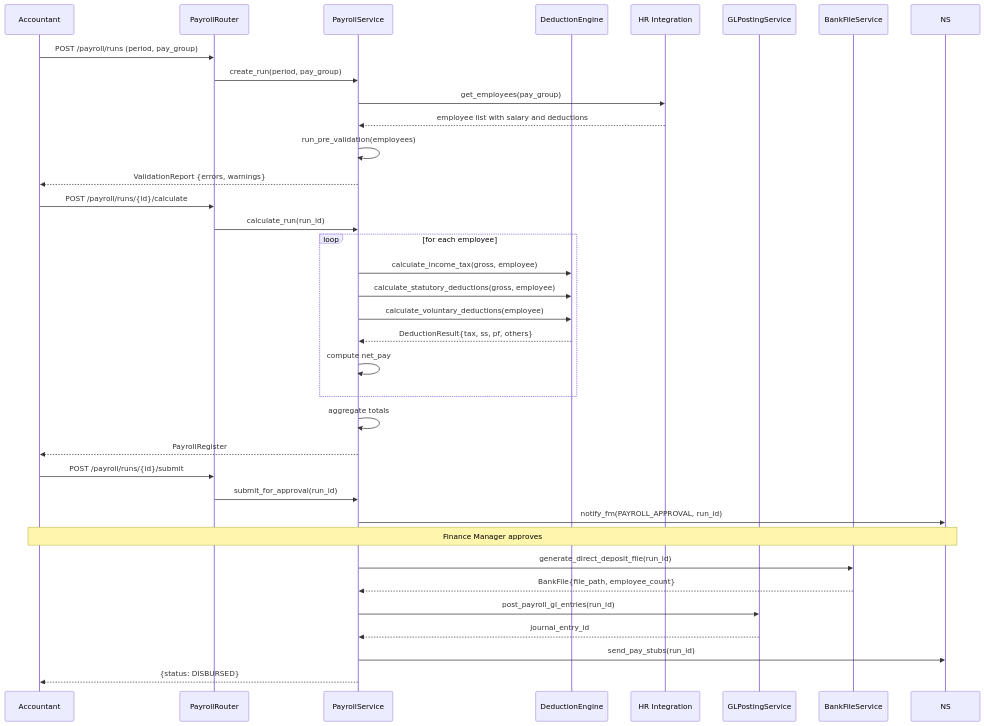
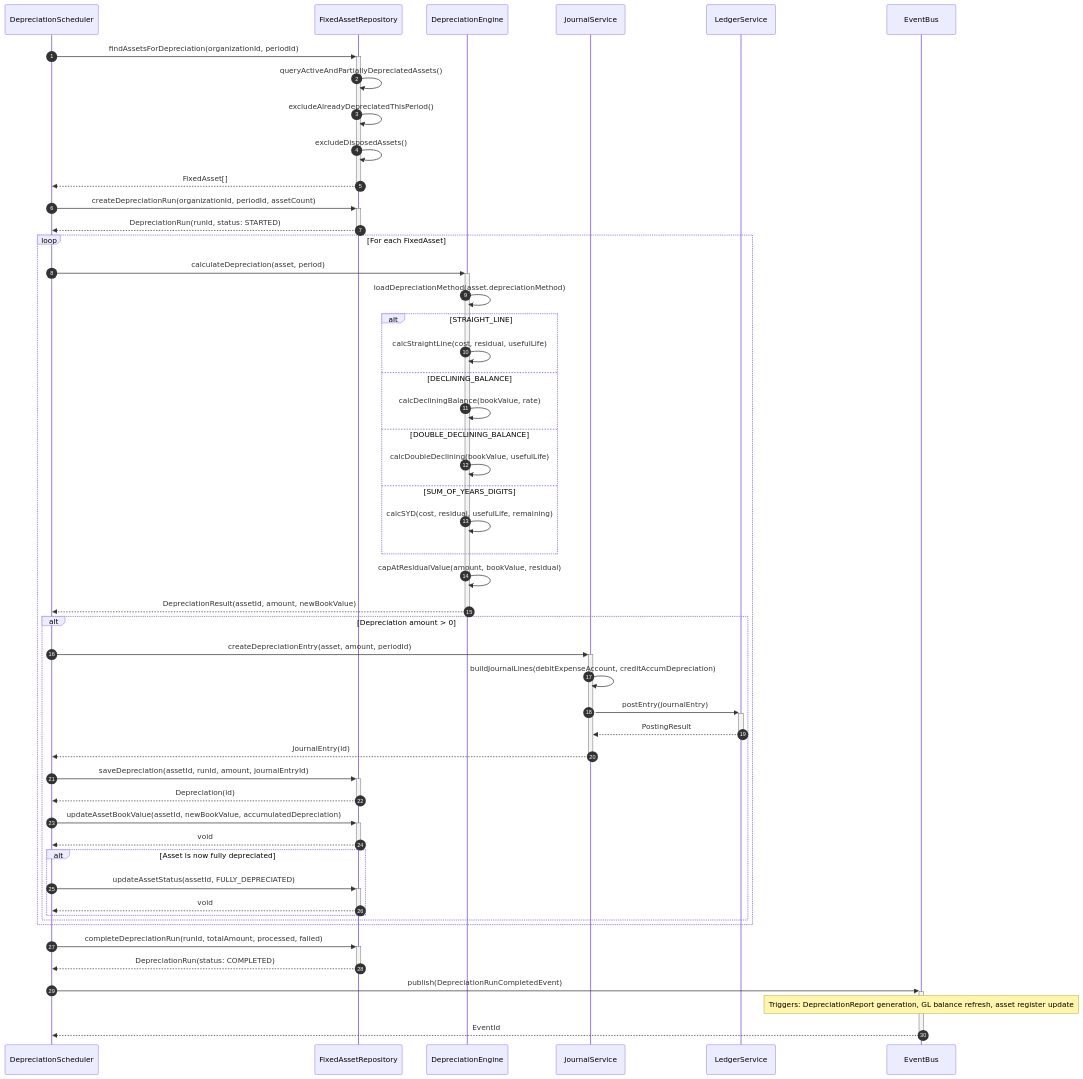
Before and after one commit to 0Ankit0/Project-Ideas: the fifth of 5 diagrams in Finance-Management/detailed-design/sequence-diagrams.md, drawn with Mermaid. The commit also changed other lines of this file and 17 other files, not shown here.

````diff
--- a/Finance-Management/detailed-design/sequence-diagrams.md
+++ b/Finance-Management/detailed-design/sequence-diagrams.md
@@ -124,47 +324,63 @@
 ```mermaid
 sequenceDiagram
-    participant ACC as Accountant
-    participant PR as PayrollRouter
-    participant PS as PayrollService
-    participant DE as DeductionEngine
-    participant HR as HR Integration
-    participant GL as GLPostingService
-    participant BANK as BankFileService
+    autonumber
+    participant SCHED as DepreciationScheduler
+    participant REPO as FixedAssetRepository
+    participant ENGINE as DepreciationEngine
+    participant JOURNAL as JournalService
+    participant LEDGER as LedgerService
+    participant EVT as EventBus
 
-    ACC->>PR: POST /payroll/runs (period, pay_group)
-    PR->>PS: create_run(period, pay_group)
-    PS->>HR: get_employees(pay_group)
-    HR-->>PS: employee list with salary and deductions
+    SCHED->>+REPO: findAssetsForDepreciation(organizationId, periodId)
+    REPO->>REPO: queryActiveAndPartiallyDepreciatedAssets()
+    REPO->>REPO: excludeAlreadyDepreciatedThisPeriod()
+    REPO->>REPO: excludeDisposedAssets()
+    REPO-->>-SCHED: FixedAsset[]
 
-    PS->>PS: run_pre_validation(employees)
-    PS-->>ACC: ValidationReport {errors, warnings}
+    SCHED->>+REPO: createDepreciationRun(organizationId, periodId, assetCount)
+    REPO-->>-SCHED: DepreciationRun(runId, status: STARTED)
 
-    ACC->>PR: POST /payroll/runs/{id}/calculate
-    PR->>PS: calculate_run(run_id)
+    loop For each FixedAsset
+        SCHED->>+ENGINE: calculateDepreciation(asset, period)
+        ENGINE->>ENGINE: loadDepreciationMethod(asset.depreciationMethod)
 
-    loop for each employee
-        PS->>DE: calculate_income_tax(gross, employee)
-        PS->>DE: calculate_statutory_deductions(gross, employee)
-        PS->>DE: calculate_voluntary_deductions(employee)
-        DE-->>PS: DeductionResult{tax, ss, pf, others}
-        PS->>PS: compute net_pay
+        alt STRAIGHT_LINE
+            ENGINE->>ENGINE: calcStraightLine(cost, residual, usefulLife)
+        else DECLINING_BALANCE
+            ENGINE->>ENGINE: calcDecliningBalance(bookValue, rate)
+        else DOUBLE_DECLINING_BALANCE
+            ENGINE->>ENGINE: calcDoubleDeclining(bookValue, usefulLife)
+        else SUM_OF_YEARS_DIGITS
+            ENGINE->>ENGINE: calcSYD(cost, residual, usefulLife, remaining)
+        end
+
+        ENGINE->>ENGINE: capAtResidualValue(amount, bookValue, residual)
+        ENGINE-->>-SCHED: DepreciationResult(assetId, amount, newBookValue)
+
+        alt Depreciation amount > 0
+            SCHED->>+JOURNAL: createDepreciationEntry(asset, amount, periodId)
+            JOURNAL->>JOURNAL: buildJournalLines(debitExpenseAccount, creditAccumDepreciation)
+            JOURNAL->>+LEDGER: postEntry(journalEntry)
+            LEDGER-->>-JOURNAL: PostingResult
+            JOURNAL-->>-SCHED: JournalEntry(id)
+
+            SCHED->>+REPO: saveDepreciation(assetId, runId, amount, journalEntryId)
+            REPO-->>-SCHED: Depreciation(id)
+
+            SCHED->>+REPO: updateAssetBookValue(assetId, newBookValue, accumulatedDepreciation)
+            REPO-->>-SCHED: void
+
+            alt Asset is now fully depreciated
+                SCHED->>+REPO: updateAssetStatus(assetId, FULLY_DEPRECIATED)
+                REPO-->>-SCHED: void
+            end
+        end
     end
 
-    PS->>PS: aggregate totals
-    PS-->>ACC: PayrollRegister
+    SCHED->>+REPO: completeDepreciationRun(runId, totalAmount, processed, failed)
+    REPO-->>-SCHED: DepreciationRun(status: COMPLETED)
 
-    ACC->>PR: POST /payroll/runs/{id}/submit
-    PR->>PS: submit_for_approval(run_id)
-    PS->>NS: notify_fm(PAYROLL_APPROVAL, run_id)
-
-    Note over ACC,NS: Finance Manager approves
-
-    PS->>BANK: generate_direct_deposit_file(run_id)
-    BANK-->>PS: BankFile{file_path, employee_count}
-
-    PS->>GL: post_payroll_gl_entries(run_id)
-    GL-->>PS: journal_entry_id
-
-    PS->>NS: send_pay_stubs(run_id)
-    PS-->>ACC: {status: DISBURSED}
+    SCHED->>+EVT: publish(DepreciationRunCompletedEvent)
+    Note over EVT: Triggers: DepreciationReport generation, GL balance refresh, asset register update
+    EVT-->>-SCHED: EventId
 ```
````
